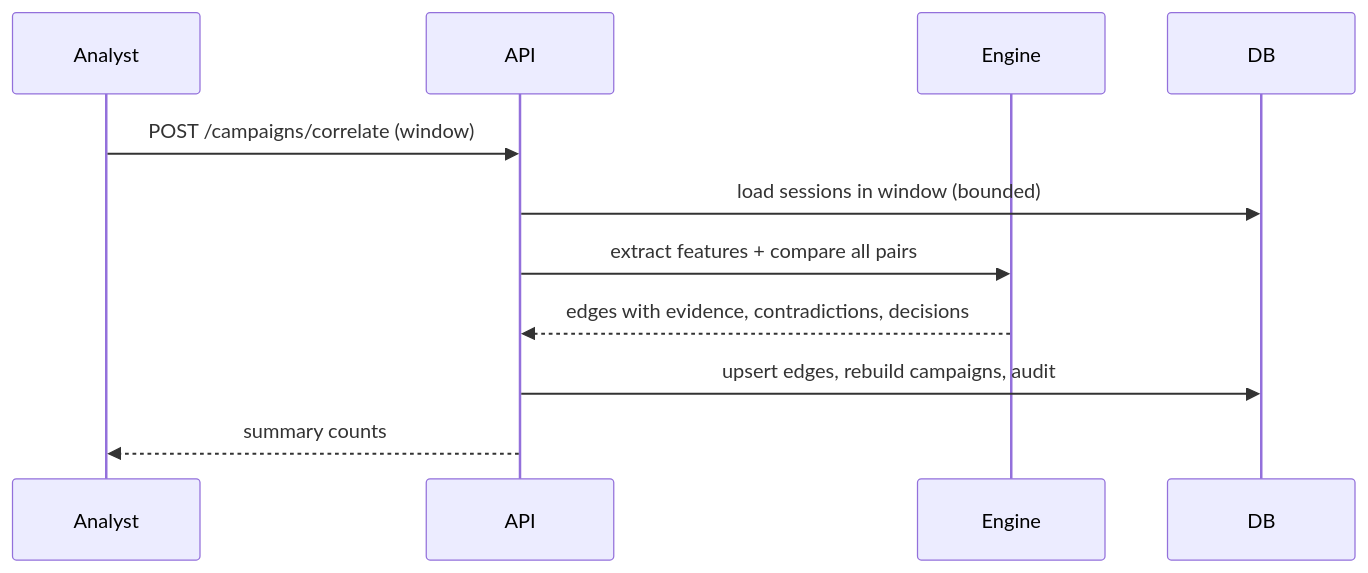
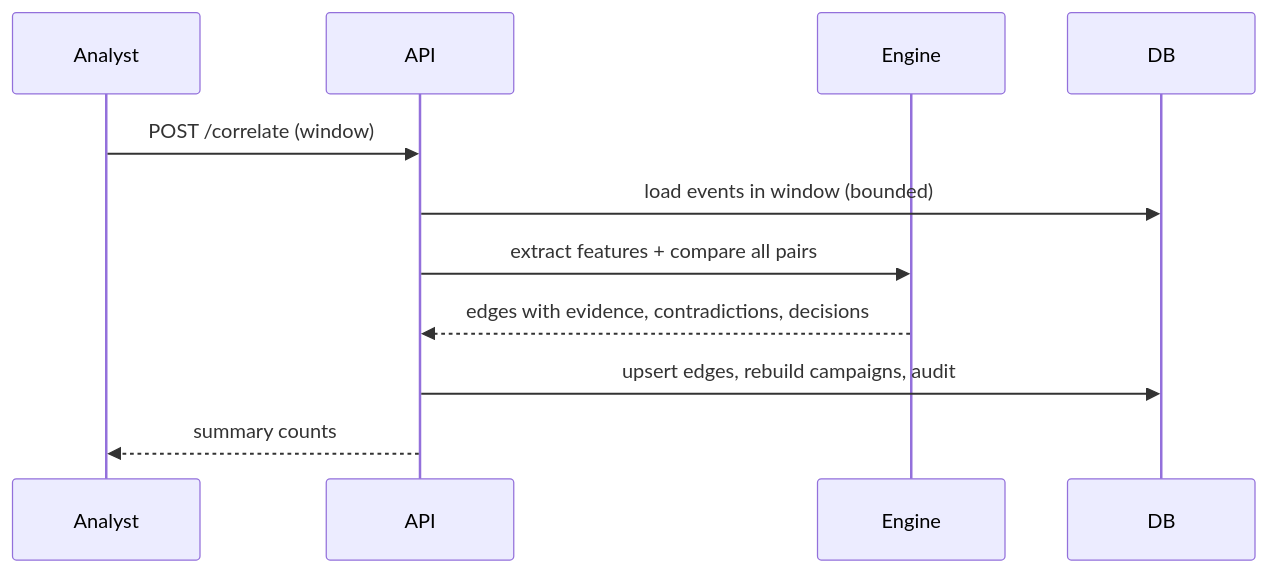
The third of 3 diagrams in docs/02-architecture.md (heyytrayamm/ThreatPolish), drawn with Mermaid before and after one commit. The commit also changed other lines of this file and 53 other files, not shown here.

````diff
--- a/docs/02-architecture.md
+++ b/docs/02-architecture.md
@@ -78,13 +76,13 @@
 ```mermaid
 sequenceDiagram
   participant Analyst
   participant API
   participant Engine
   participant DB
-  Analyst->>API: POST /campaigns/correlate (window)
-  API->>DB: load sessions in window (bounded)
+  Analyst->>API: POST /correlate (window)
+  API->>DB: load events in window (bounded)
   API->>Engine: extract features + compare all pairs
   Engine-->>API: edges with evidence, contradictions, decisions
   API->>DB: upsert edges, rebuild campaigns, audit
   API-->>Analyst: summary counts
 ```
````
